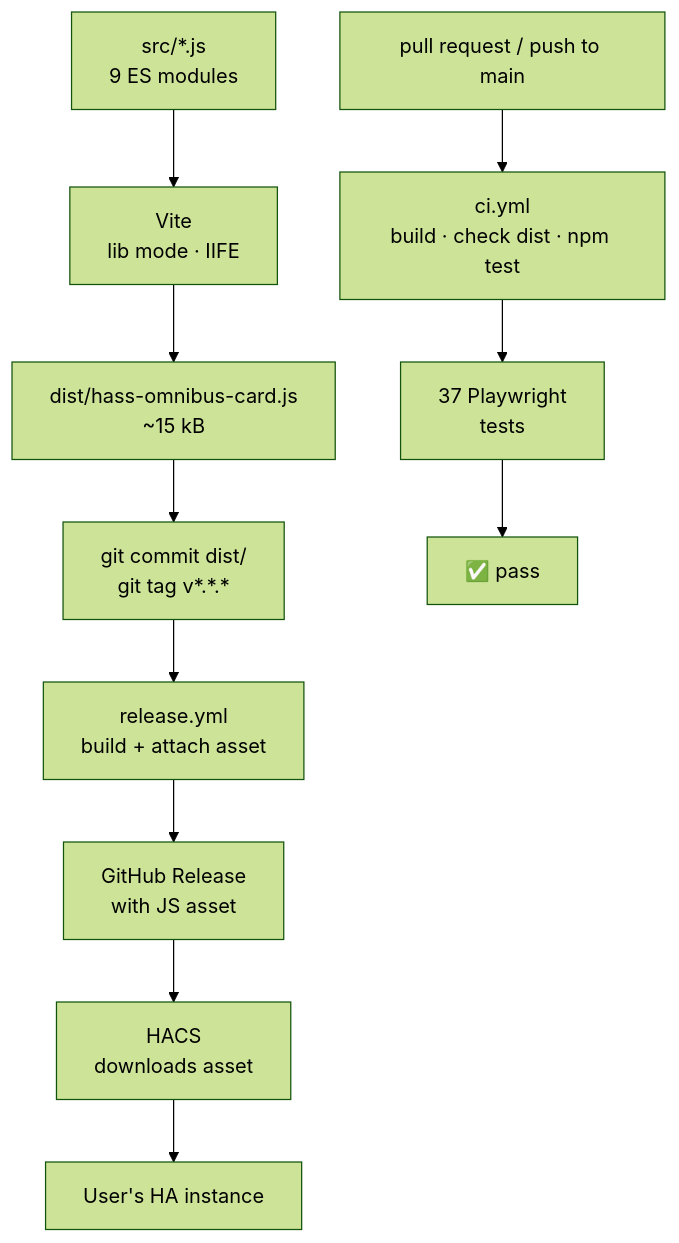
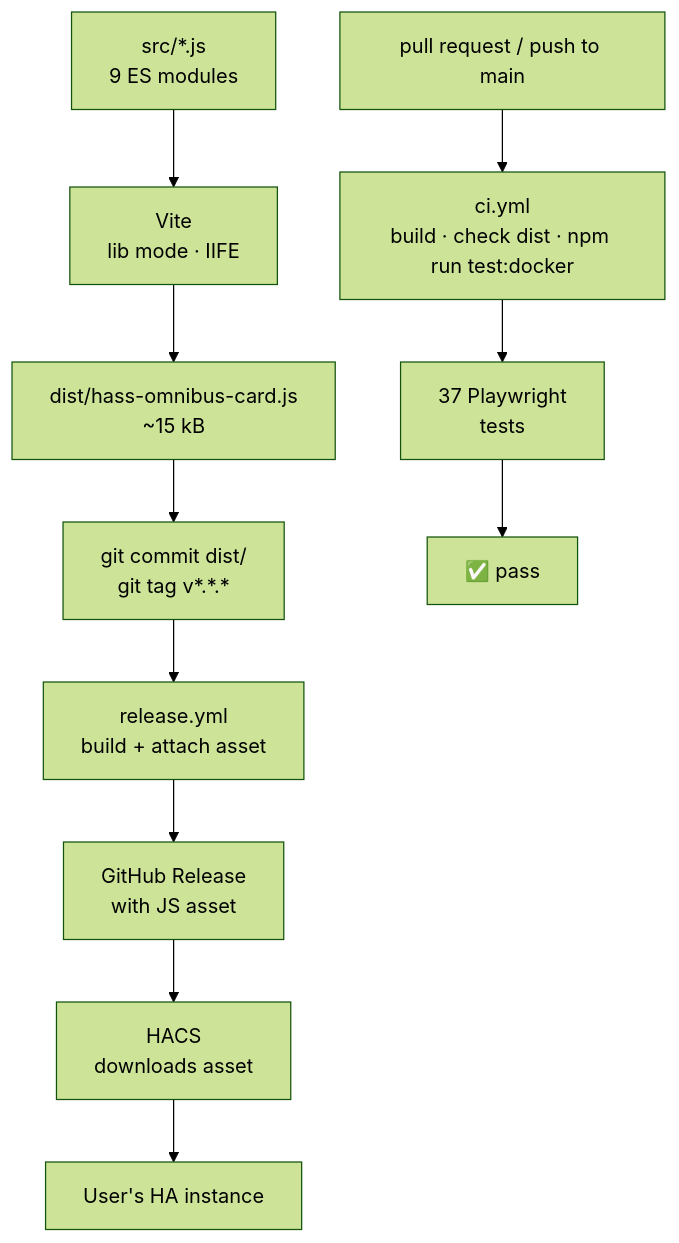
The third of 3 diagrams in DEVELOPMENT.md (darknessnerd/hass-omnibus-card), drawn with Mermaid (forest theme) before and after one commit. The commit also changed other lines of this file and 12 other files, not shown here.

````diff
--- a/DEVELOPMENT.md
+++ b/DEVELOPMENT.md
@@ -123,19 +123,19 @@
 ```mermaid
 flowchart TD
   src["src/*.js\n9 ES modules"]
   vite["Vite\nlib mode · IIFE"]
   dist["dist/hass-omnibus-card.js\n~15 kB"]
   commit["git commit dist/\ngit tag v*.*.*"]
   rel_wf["release.yml\nbuild + attach asset"]
   release["GitHub Release\nwith JS asset"]
   hacs["HACS\ndownloads asset"]
   ha["User's HA instance"]
 
   pr["pull request / push to main"]
-  ci_wf["ci.yml\nbuild · check dist · npm test"]
+  ci_wf["ci.yml\nbuild · check dist · npm run test:docker"]
   tests["37 Playwright\ntests"]
   pass["✅ pass"]
 
   src --> vite --> dist --> commit --> rel_wf --> release --> hacs --> ha
   pr --> ci_wf --> tests --> pass
 ```
````
